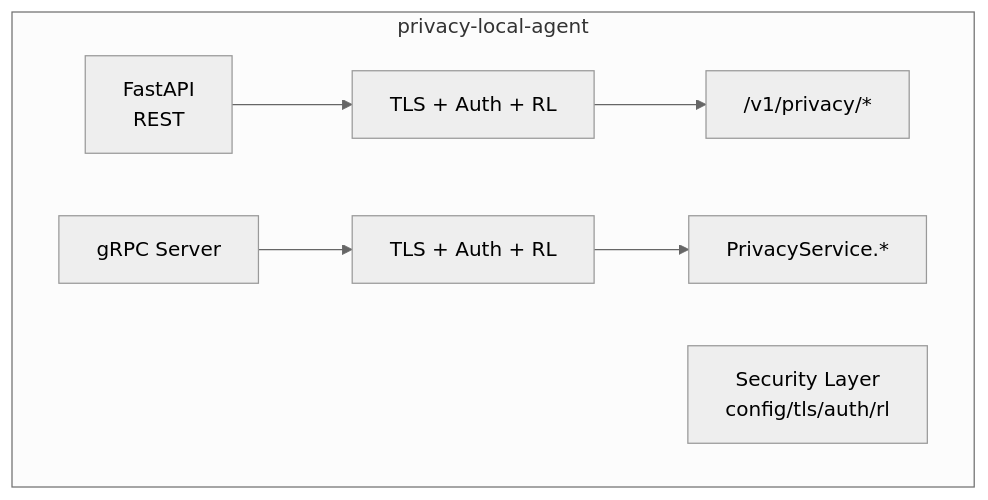
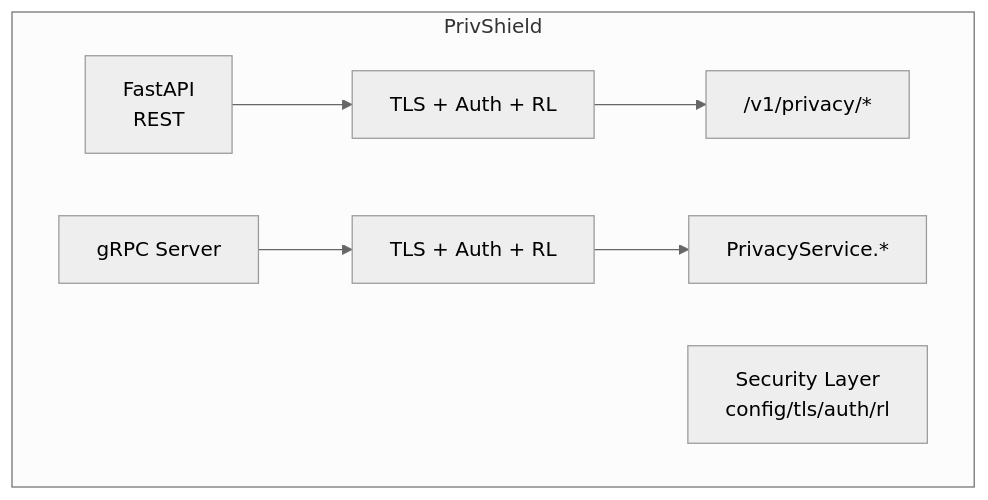
The first of 4 diagrams in docs/production_security/design.md (fengzhizi319/PrivShield), drawn with Mermaid (neutral theme) before and after one commit. The commit also changed other lines of this file and 393 other files, not shown here.

Commit message:
refactor(brand): 全面将 privacy_local_agent 迁移升级为 PrivShield

````diff
--- a/docs/production_security/design.md
+++ b/docs/production_security/design.md
@@ -69,12 +69,12 @@
 ```mermaid
 graph TD
-    subgraph privacy-local-agent
+    subgraph PrivShield
         REST[FastAPI<br/>REST]
         GRPC[gRPC Server]
         SEC[Security Layer<br/>config/tls/auth/rl]
         REST --> TLS1[TLS + Auth + RL]
         GRPC --> TLS2[TLS + Auth + RL]
         TLS1 --> R1["/v1/privacy/*"]
         TLS2 --> R2["PrivacyService.*"]
     end
 ```
````
